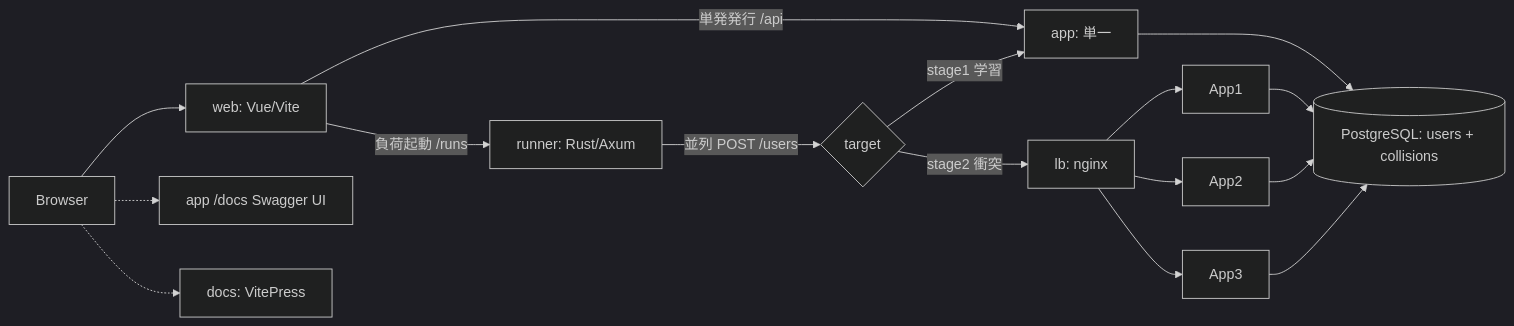
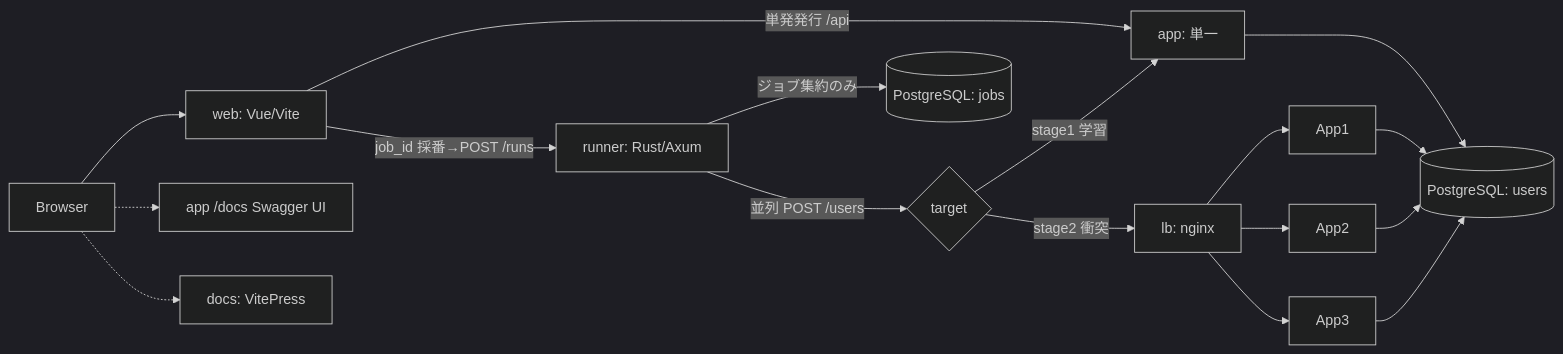
The diagram in docs/superpowers/specs/2026-06-28-teaching-ux-frontend-tutorial-design.md (UniqueVisionDirectors/uv_recruit.code_samples), drawn with Mermaid (dark theme) before and after one commit. The commit also changed other lines of this file, not shown here.

First line of the commit message:
docs: rework runner as async job model (jobs table, mpsc aggregation)

````diff
--- a/docs/superpowers/specs/2026-06-28-teaching-ux-frontend-tutorial-design.md
+++ b/docs/superpowers/specs/2026-06-28-teaching-ux-frontend-tutorial-design.md
@@ -130,12 +135,13 @@
 ```mermaid
 flowchart LR
   Browser --> Web[web: Vue/Vite]
   Browser -.-> Swagger[app /docs Swagger UI]
   Browser -.-> Docs[docs: VitePress]
   Web -->|単発発行 /api| App[app: 単一]
-  Web -->|負荷起動 /runs| Runner[runner: Rust/Axum]
+  Web -->|job_id 採番→POST /runs| Runner[runner: Rust/Axum]
   Runner -->|並列 POST /users| TargetSel{target}
   TargetSel -->|stage1 学習| App
   TargetSel -->|stage2 衝突| LB[lb: nginx] --> App1 & App2 & App3
-  App & App1 & App2 & App3 --> DB[(PostgreSQL: users + collisions)]
+  App & App1 & App2 & App3 --> Users[(PostgreSQL: users)]
+  Runner -->|ジョブ集約のみ| Jobs[(PostgreSQL: jobs)]
 ```
````
